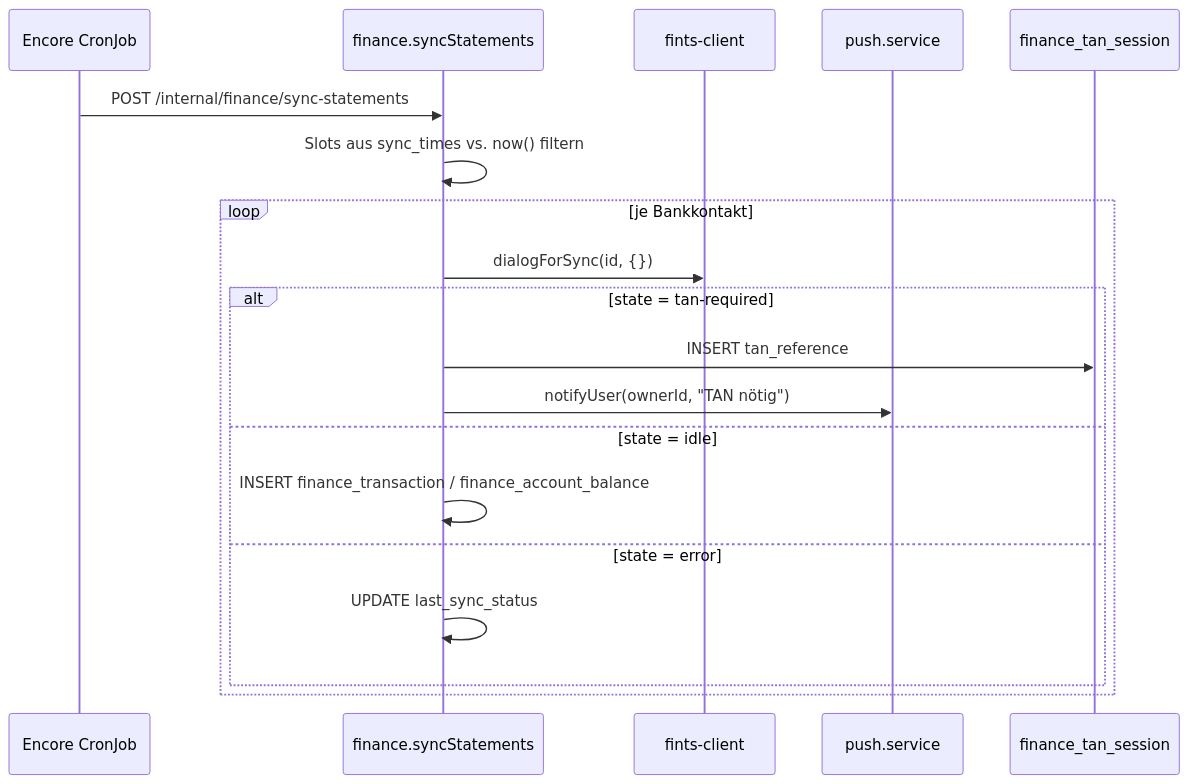
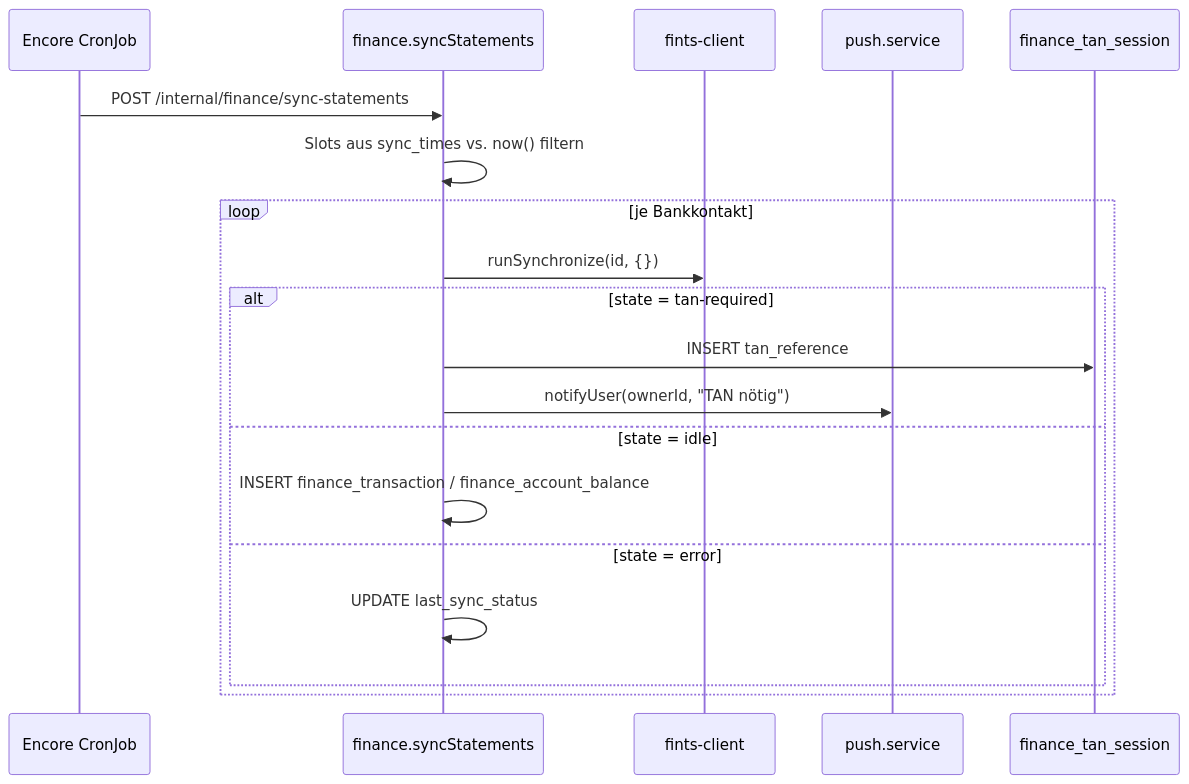
One commit to as19git67/fk-encore changed the second of 2 diagrams in docs/finance-fints-integration.md. Above: the diagram before and after it, drawn with Mermaid. The commit also changed other lines of this file and 95 other files, not shown here.

````diff
--- a/docs/finance-fints-integration.md
+++ b/docs/finance-fints-integration.md
@@ -228,22 +271,22 @@
 ```mermaid
 sequenceDiagram
   participant Cron as Encore CronJob
   participant API as finance.syncStatements
   participant FC as fints-client
   participant Push as push.service
   participant DB as finance_tan_session
 
   Cron->>API: POST /internal/finance/sync-statements
   API->>API: Slots aus sync_times vs. now() filtern
   loop je Bankkontakt
-    API->>FC: dialogForSync(id, {})
+    API->>FC: runSynchronize(id, {})
     alt state = tan-required
       API->>DB: INSERT tan_reference
       API->>Push: notifyUser(ownerId, "TAN nötig")
     else state = idle
       API->>API: INSERT finance_transaction / finance_account_balance
     else state = error
       API->>API: UPDATE last_sync_status
     end
   end
 ```
````
